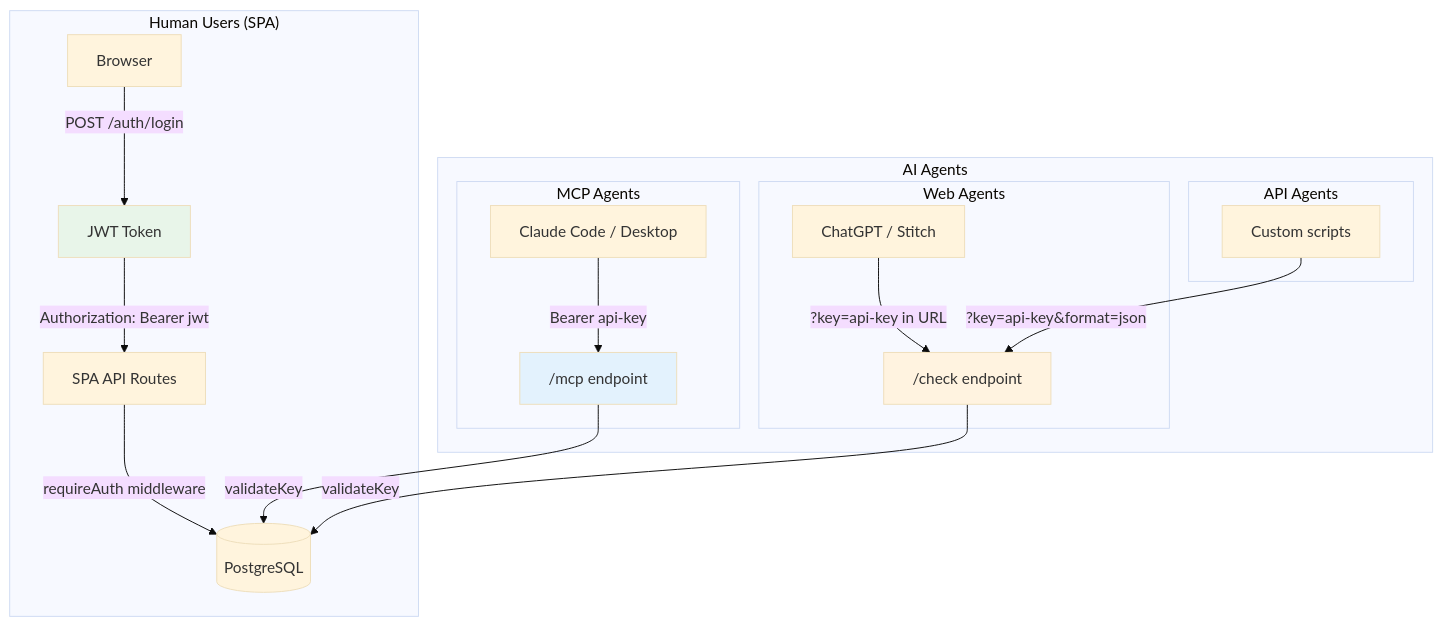
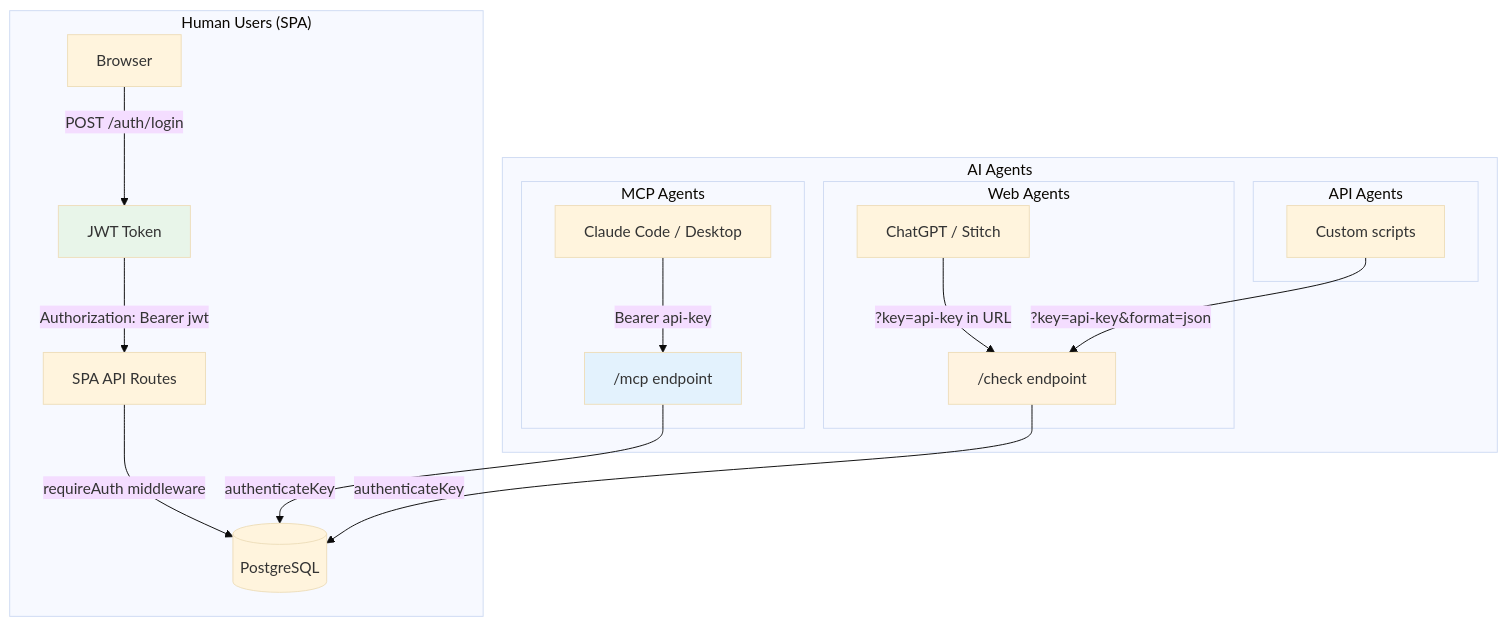
One commit to AndyForest/SoupNet changed the first of 14 diagrams in docs/architecture/data-flow.md. Above: the diagram before and after it, drawn with Mermaid (base theme). The commit also changed other lines of this file and 7 other files, not shown here.

````diff
--- a/docs/architecture/data-flow.md
+++ b/docs/architecture/data-flow.md
@@ -11,26 +11,26 @@
 ```mermaid
 flowchart TB
     subgraph "Human Users (SPA)"
         H[Browser] -->|POST /auth/login| JWT[JWT Token]
         JWT -->|Authorization: Bearer jwt| SPA[SPA API Routes]
         SPA -->|requireAuth middleware| DB[(PostgreSQL)]
     end
 
     subgraph "AI Agents"
         subgraph "MCP Agents"
             MC[Claude Code / Desktop] -->|Bearer api-key| MCP["/mcp endpoint"]
-            MCP -->|validateKey| DB
+            MCP -->|authenticateKey| DB
         end
         subgraph "Web Agents"
             WA[ChatGPT / Stitch] -->|?key=api-key in URL| CHECK["/check endpoint"]
-            CHECK -->|validateKey| DB
+            CHECK -->|authenticateKey| DB
         end
         subgraph "API Agents"
             AA[Custom scripts] -->|?key=api-key&format=json| CHECK
         end
     end
 
     style JWT fill:#e8f5e9
     style MCP fill:#e3f2fd
     style CHECK fill:#fff3e0
 ```
````
